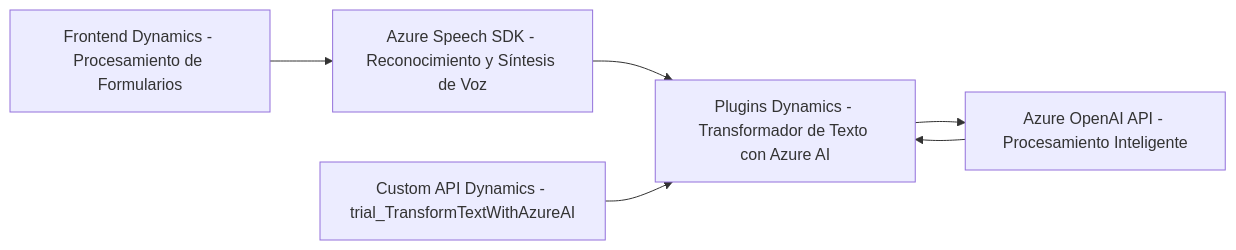
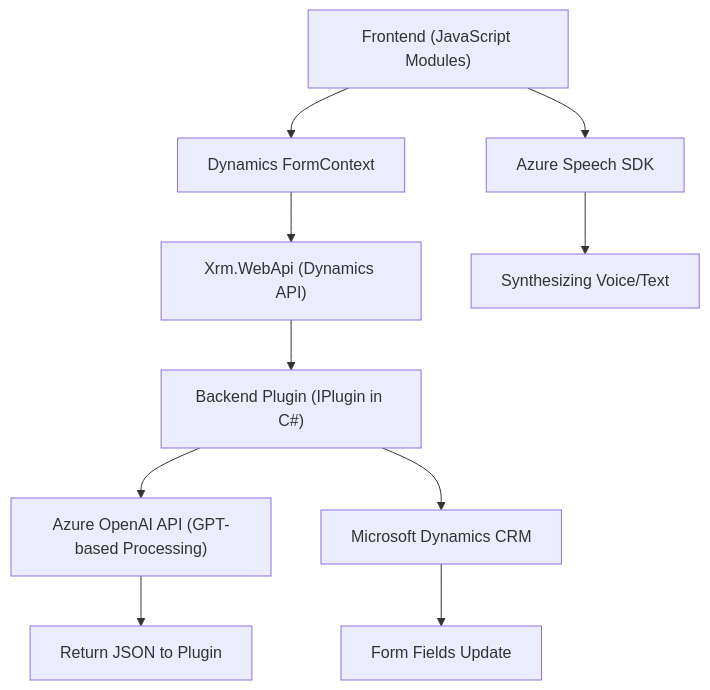
The diagram in README.md (blopezdm/NETCORE_BILBAO2025), drawn with Mermaid before and after one commit. The commit also changed other lines of this file, not shown here.

Commit message:
Actualizar análisis global de la solución con IA

````diff
--- a/README.md
+++ b/README.md
@@ -53,14 +69,14 @@
 ```mermaid
-graph LR
-    A["Frontend Dynamics - Procesamiento de Formularios"]
-    B["Azure Speech SDK - Reconocimiento y Síntesis de Voz"]
-    C["Plugins Dynamics - Transformador de Texto con Azure AI"]
-    D["Azure OpenAI API - Procesamiento Inteligente"]
-    E["Custom API Dynamics - trial_TransformTextWithAzureAI"]
+graph TD
+    A["Frontend (JavaScript Modules)"] --> B["Azure Speech SDK"]
+    A --> C["Dynamics FormContext"]
+    C --> D["Xrm.WebApi (Dynamics API)"]
+    B --> E["Synthesizing Voice/Text"]
 
-    A --> B
-    B --> C
-    C --> D
-    D --> C
-    E --> C
+    D --> F["Backend Plugin (IPlugin in C#)"]
+    F --> G["Azure OpenAI API (GPT-based Processing)"]
+    G --> H["Return JSON to Plugin"]
+
+    F --> I["Microsoft Dynamics CRM"]
+    I --> J["Form Fields Update"]
 ```
````
